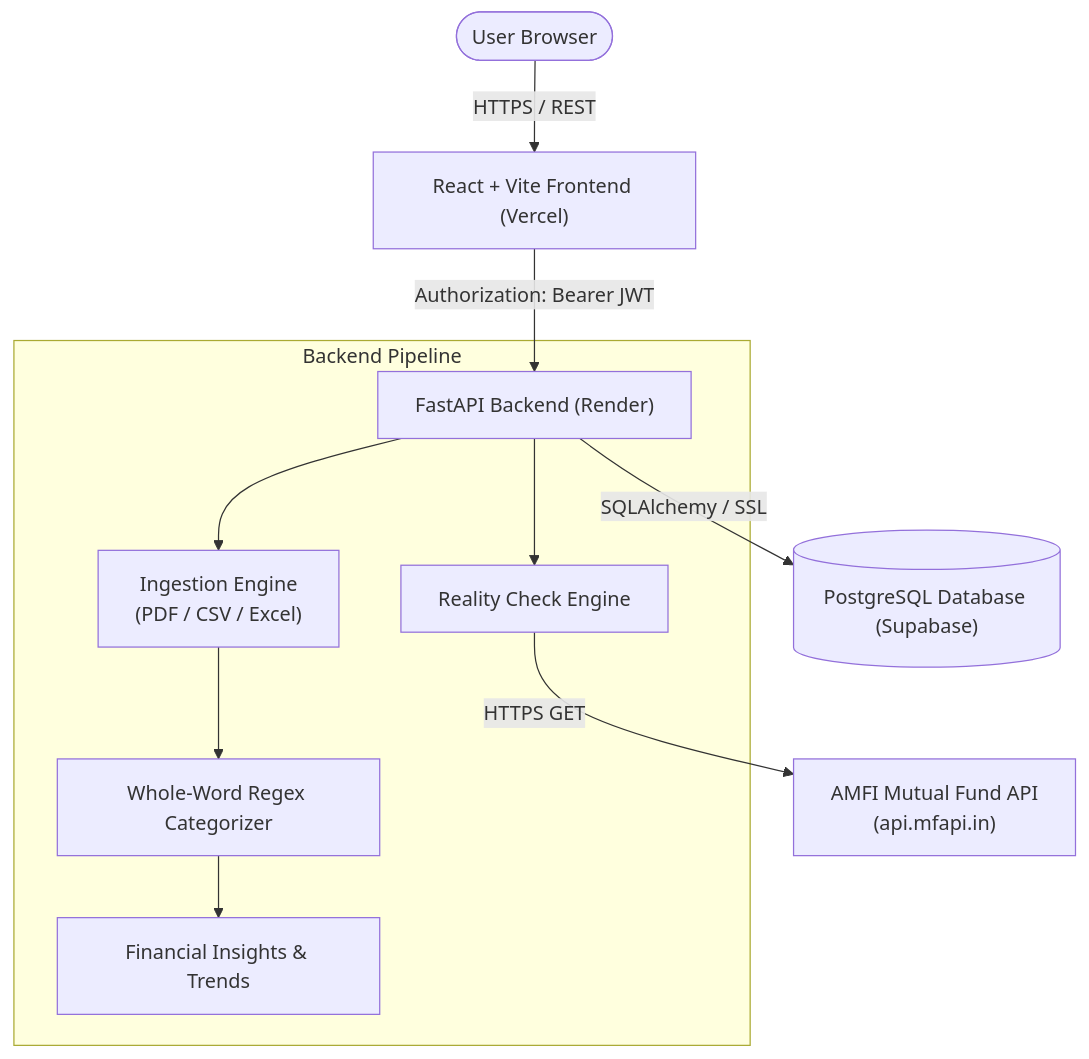
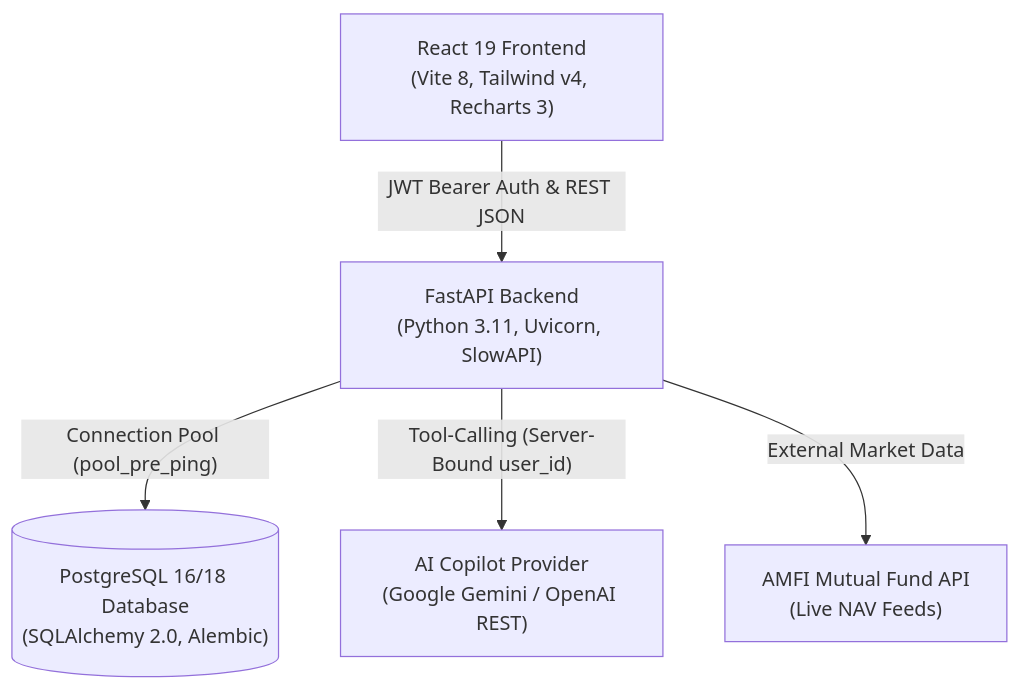
Before and after one commit to Rushalishahh/PaisaClarity: the diagram in README.md, drawn with Mermaid. The commit also changed other lines of this file and 18 other files, not shown here.

````diff
--- a/README.md
+++ b/README.md
@@ -34,15 +53,13 @@
 ```mermaid
-graph TD
-    User([User Browser]) -->|HTTPS / REST| Frontend["React + Vite Frontend (Vercel)"]
-    Frontend -->|Authorization: Bearer JWT| Backend["FastAPI Backend (Render)"]
-    
-    subgraph Backend Pipeline
-        Backend --> IngestEngine["Ingestion Engine\n(PDF / CSV / Excel)"]
-        IngestEngine --> Categorizer["Whole-Word Regex Categorizer"]
-        Categorizer --> Insights["Financial Insights & Trends"]
-        Backend --> RealityCheck["Reality Check Engine"]
-    end
-    
-    Backend -->|SQLAlchemy / SSL| Database[("PostgreSQL Database (Supabase)")]
-    RealityCheck -->|HTTPS GET| ExternalAPI["AMFI Mutual Fund API\n(api.mfapi.in)"]
+flowchart TD
+    Client["React 19 Frontend\n(Vite 8, Tailwind v4, Recharts 3)"]
+    API["FastAPI Backend\n(Python 3.11, Uvicorn, SlowAPI)"]
+    DB[("PostgreSQL 16/18 Database\n(SQLAlchemy 2.0, Alembic)")]
+    AI["AI Copilot Provider\n(Google Gemini / OpenAI REST)"]
+    External["AMFI Mutual Fund API\n(Live NAV Feeds)"]
+
+    Client -->|"JWT Bearer Auth & REST JSON"| API
+    API -->|"Connection Pool (pool_pre_ping)"| DB
+    API -->|"Tool-Calling (Server-Bound user_id)"| AI
+    API -->|"External Market Data"| External
 ```
````
